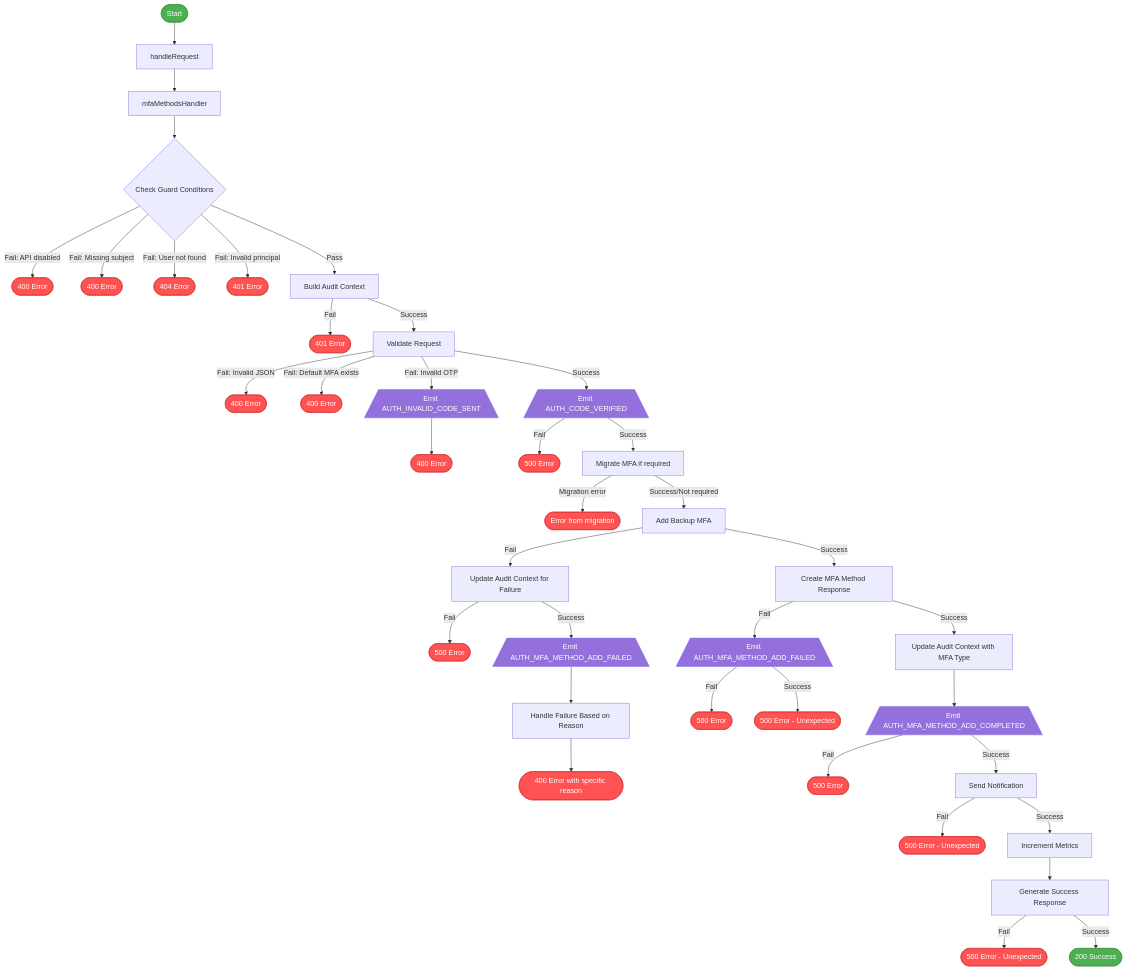
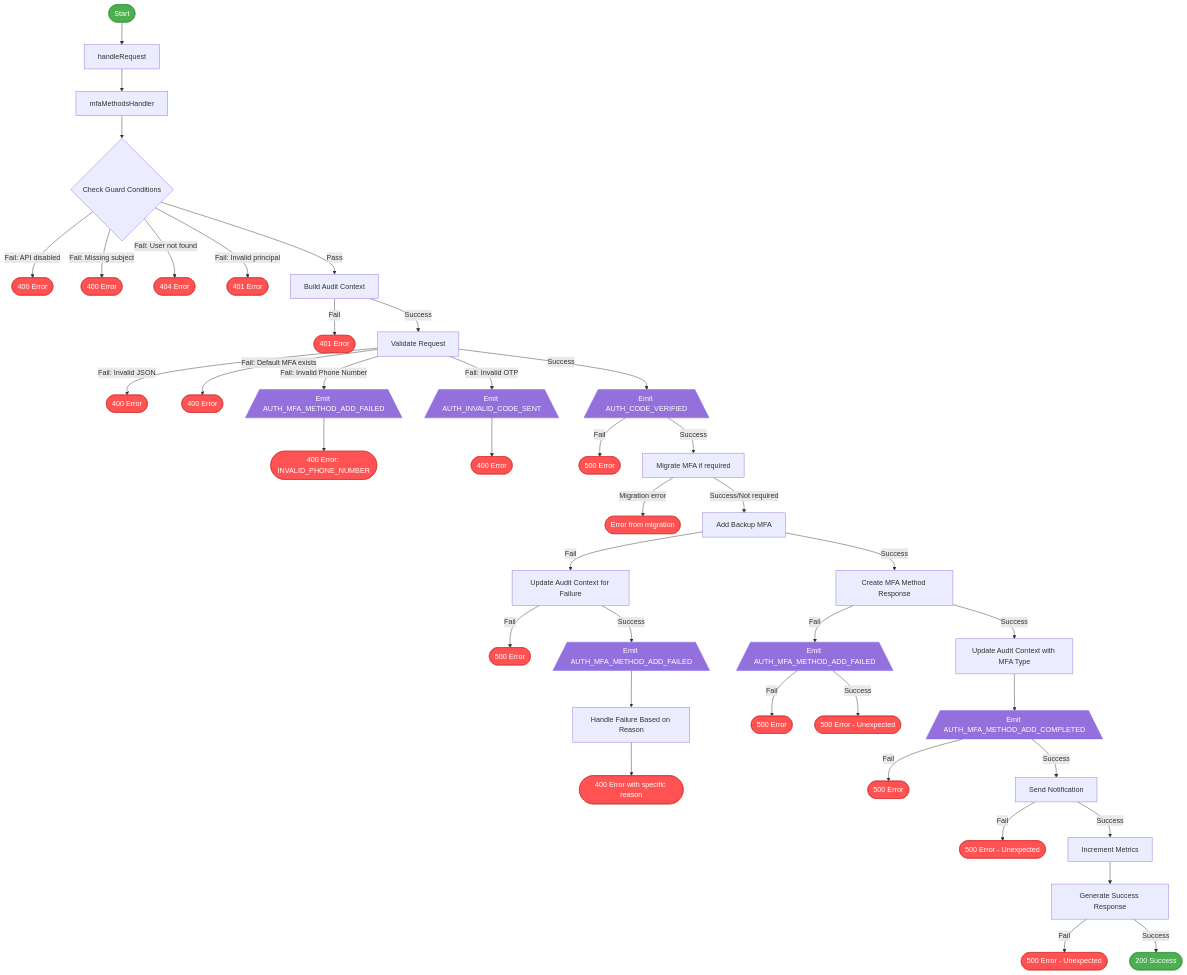
The diagram in account-management-api/docs/diagrams/mfa_method_creation_flow.md (govuk-one-login/authentication-api), drawn with Mermaid before and after one commit. The commit also changed other lines of this file and 2 other files, not shown here.

Commit message:
AUT-4525: Add missing phone number check
The handler wasn't explicitly checking that the phone number
in the request was a valid one.  Adding this check in meant
adding an extra point where the audit event is emitted and
some updates to the unit test.

````diff
--- a/account-management-api/docs/diagrams/mfa_method_creation_flow.md
+++ b/account-management-api/docs/diagrams/mfa_method_creation_flow.md
@@ -5,76 +5,81 @@
 ```mermaid
 flowchart TD
     Start([Start]) --> HandleRequest[handleRequest]
     HandleRequest --> MfaMethodsHandler[mfaMethodsHandler]
     
     MfaMethodsHandler --> GuardConditions{Check Guard Conditions}
     GuardConditions -->|Fail: API disabled| End1([400 Error])
     GuardConditions -->|Fail: Missing subject| End2([400 Error])
     GuardConditions -->|Fail: User not found| End3([404 Error])
     GuardConditions -->|Fail: Invalid principal| End4([401 Error])
     
     GuardConditions -->|Pass| BuildAuditContext[Build Audit Context]
     BuildAuditContext -->|Fail| End5([401 Error])
     
     BuildAuditContext -->|Success| ValidateRequest[Validate Request]
     ValidateRequest -->|Fail: Invalid JSON| End6([400 Error])
     ValidateRequest -->|Fail: Default MFA exists| End7([400 Error])
+    
+    ValidateRequest -->|Fail: Invalid Phone Number| EmitAddFailedPhone[/Emit AUTH_MFA_METHOD_ADD_FAILED\]
+    EmitAddFailedPhone --> End19([400 Error: INVALID_PHONE_NUMBER])
     
     ValidateRequest -->|Fail: Invalid OTP| EmitInvalidCode[/Emit AUTH_INVALID_CODE_SENT\]
     EmitInvalidCode --> End8([400 Error])
     
     ValidateRequest -->|Success| EmitCodeVerified[/Emit AUTH_CODE_VERIFIED\]
     EmitCodeVerified -->|Fail| End9([500 Error])
     
     EmitCodeVerified -->|Success| MigrateMFA[Migrate MFA if required]
     MigrateMFA -->|Migration error| End10([Error from migration])
     
     MigrateMFA -->|Success/Not required| AddBackupMFA[Add Backup MFA]
     AddBackupMFA -->|Fail| UpdateAuditContext[Update Audit Context for Failure]
     UpdateAuditContext -->|Fail| End11([500 Error])
     UpdateAuditContext -->|Success| EmitAddFailed[/Emit AUTH_MFA_METHOD_ADD_FAILED\]
     EmitAddFailed --> HandleFailure[Handle Failure Based on Reason]
     HandleFailure --> End12([400 Error with specific reason])
     
     AddBackupMFA -->|Success| CreateResponse[Create MFA Method Response]
     CreateResponse -->|Fail| EmitAddFailedResponse[/Emit AUTH_MFA_METHOD_ADD_FAILED\]
     EmitAddFailedResponse -->|Fail| End13([500 Error])
     EmitAddFailedResponse -->|Success| End14([500 Error - Unexpected])
     
     CreateResponse -->|Success| UpdateAuditContextSuccess[Update Audit Context with MFA Type]
     UpdateAuditContextSuccess --> EmitAddCompleted[/Emit AUTH_MFA_METHOD_ADD_COMPLETED\]
     EmitAddCompleted -->|Fail| End15([500 Error])
     
     EmitAddCompleted -->|Success| SendNotification[Send Notification]
     SendNotification -->|Fail| End16([500 Error - Unexpected])
     
     SendNotification -->|Success| IncrementMetrics[Increment Metrics]
     IncrementMetrics --> GenerateResponse[Generate Success Response]
     GenerateResponse -->|Fail| End17([500 Error - Unexpected])
     GenerateResponse -->|Success| End18([200 Success])
     
     style Start fill:#4CAF50,stroke:#388E3C,color:white
     style EmitInvalidCode fill:#9370DB,stroke:#7B68EE,color:white
     style EmitCodeVerified fill:#9370DB,stroke:#7B68EE,color:white
     style EmitAddFailed fill:#9370DB,stroke:#7B68EE,color:white
     style EmitAddFailedResponse fill:#9370DB,stroke:#7B68EE,color:white
     style EmitAddCompleted fill:#9370DB,stroke:#7B68EE,color:white
+    style EmitAddFailedPhone fill:#9370DB,stroke:#7B68EE,color:white
     style End1 fill:#FF5252,stroke:#D32F2F,color:white
     style End2 fill:#FF5252,stroke:#D32F2F,color:white
     style End3 fill:#FF5252,stroke:#D32F2F,color:white
     style End4 fill:#FF5252,stroke:#D32F2F,color:white
     style End5 fill:#FF5252,stroke:#D32F2F,color:white
     style End6 fill:#FF5252,stroke:#D32F2F,color:white
     style End7 fill:#FF5252,stroke:#D32F2F,color:white
     style End8 fill:#FF5252,stroke:#D32F2F,color:white
     style End9 fill:#FF5252,stroke:#D32F2F,color:white
     style End10 fill:#FF5252,stroke:#D32F2F,color:white
     style End11 fill:#FF5252,stroke:#D32F2F,color:white
     style End12 fill:#FF5252,stroke:#D32F2F,color:white
     style End13 fill:#FF5252,stroke:#D32F2F,color:white
     style End14 fill:#FF5252,stroke:#D32F2F,color:white
     style End15 fill:#FF5252,stroke:#D32F2F,color:white
     style End16 fill:#FF5252,stroke:#D32F2F,color:white
     style End17 fill:#FF5252,stroke:#D32F2F,color:white
     style End18 fill:#4CAF50,stroke:#388E3C,color:white
+    style End19 fill:#FF5252,stroke:#D32F2F,color:white
 ```
````
